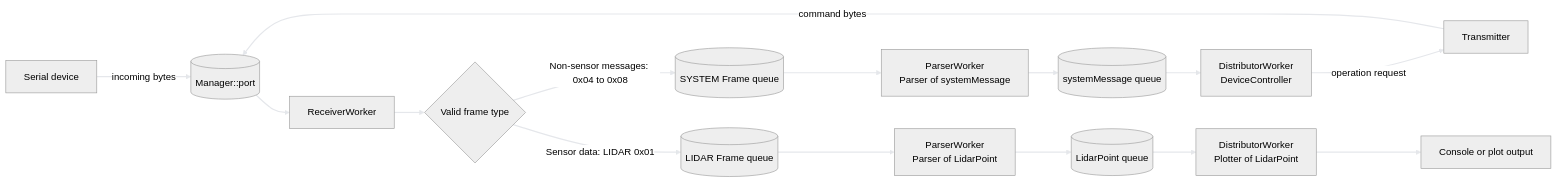
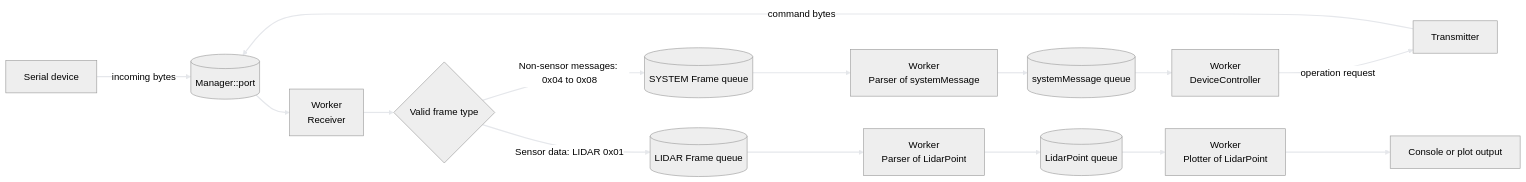
Before and after one commit to kei185/sensor-flow: the second of 3 diagrams in docs/architecture.md, drawn with Mermaid (neutral theme). The commit also changed other lines of this file and 10 other files, not shown here.

````diff
--- a/docs/architecture.md
+++ b/docs/architecture.md
@@ -111,29 +102,29 @@
 ```mermaid
 flowchart LR
     source[Serial device]
     io[(Manager::port)]
-    receiver[ReceiverWorker]
+    receiver[Worker<br/>Receiver]
     frameType{Valid frame type}
     systemFrames[(SYSTEM Frame queue)]
     lidarFrames[(LIDAR Frame queue)]
-    systemParser[ParserWorker<br/>Parser of systemMessage]
-    lidarParser[ParserWorker<br/>Parser of LidarPoint]
+    systemParser[Worker<br/>Parser of systemMessage]
+    lidarParser[Worker<br/>Parser of LidarPoint]
     systemData[(systemMessage queue)]
     lidarData[(LidarPoint queue)]
-    controller[DistributorWorker<br/>DeviceController]
-    plotter[DistributorWorker<br/>Plotter of LidarPoint]
+    controller[Worker<br/>DeviceController]
+    plotter[Worker<br/>Plotter of LidarPoint]
     transmitter[Transmitter]
     output[Console or plot output]
 
     source -->|incoming bytes| io
     io --> receiver
     receiver --> frameType
     frameType -->|Non-sensor messages: 0x04 to 0x08| systemFrames
     frameType -->|Sensor data: LIDAR 0x01| lidarFrames
     systemFrames --> systemParser --> systemData --> controller
     lidarFrames --> lidarParser --> lidarData --> plotter --> output
     controller -->|operation request| transmitter
     transmitter -->|command bytes| io
 
     linkStyle default stroke:#E5E7EB,stroke-width:2px;
 ```
````
